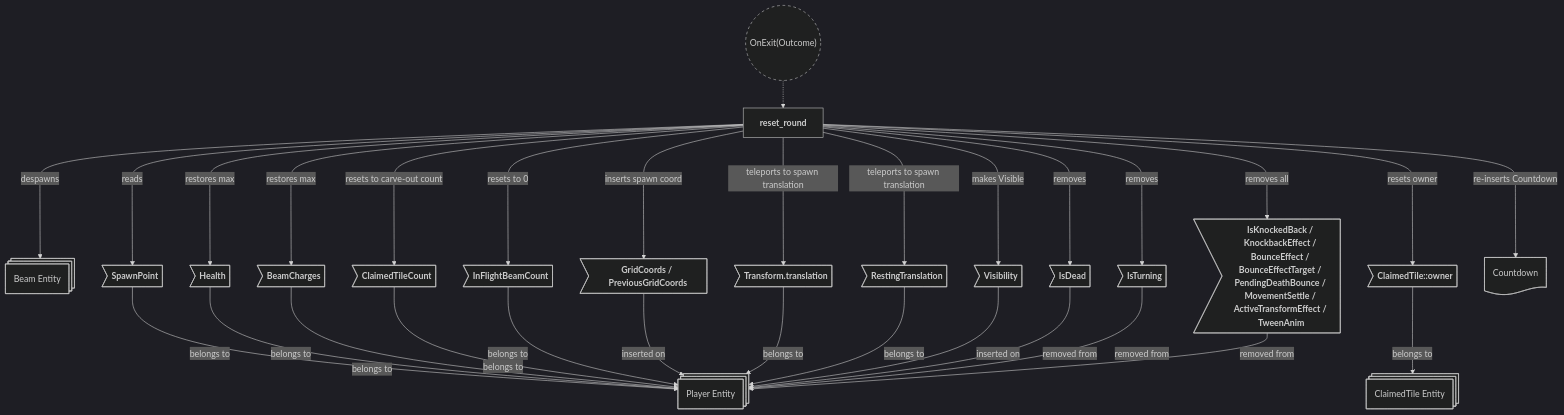
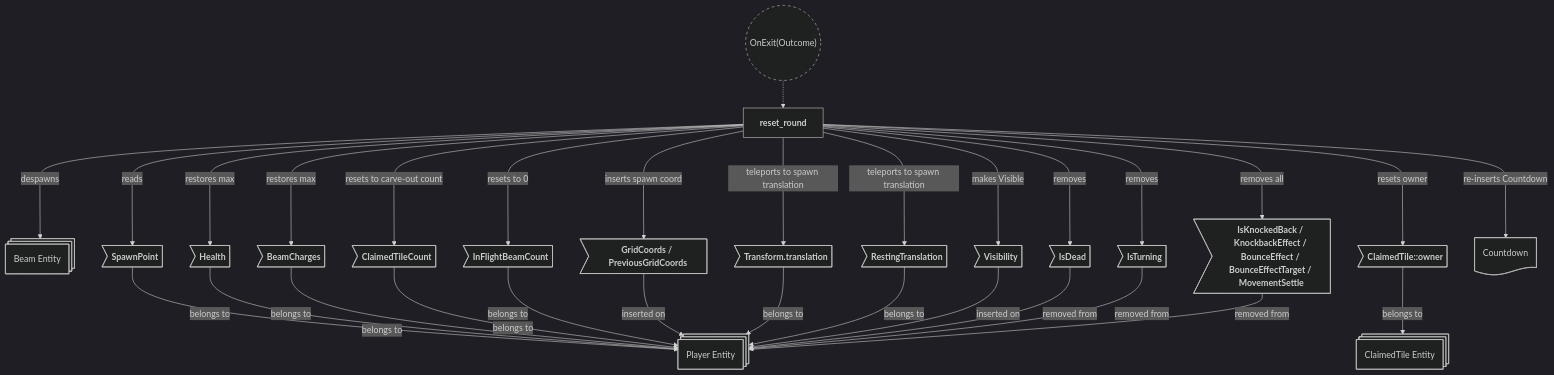
Before and after one commit to neurosoup/tyled: the ninth of 9 diagrams in backlog/docs/doc-15 - 013-Round-plugin.md, drawn with Mermaid. The commit also changed other lines of this file and 10 other files, not shown here.

First line of the commit message:
Refactor: run player position effects through the effect resolver

````diff
--- a/backlog/docs/doc-15 - 013-Round-plugin.md
+++ b/backlog/docs/doc-15 - 013-Round-plugin.md
@@ -406,50 +406,50 @@
 ```mermaid
 ---
 config:
   theme: dark
 ---
 
 flowchart TD
 classDef system-group stroke-dasharray: 5 5
 
 state_transition(("`OnExit(Outcome)`")):::system-group
 reset_round["`**reset_round**`"]
 
 state_transition -.-> reset_round
 
 player_entity@{ shape: st-rect, label: "Player Entity" }
 tile_entity@{ shape: st-rect, label: "ClaimedTile Entity" }
 beam_entity@{ shape: st-rect, label: "Beam Entity" }
 
 pe_spawn>"`**SpawnPoint**`"] --> |belongs to| player_entity
 pe_health>"`**Health**`"] --> |belongs to| player_entity
 pe_charges>"`**BeamCharges**`"] --> |belongs to| player_entity
 pe_count>"`**ClaimedTileCount**`"] --> |belongs to| player_entity
 pe_in_flight>"`**InFlightBeamCount**`"] --> |belongs to| player_entity
 pe_coords>"`**GridCoords / PreviousGridCoords**`"] --> |inserted on| player_entity
 pe_transform>"`**Transform.translation**`"] --> |belongs to| player_entity
 pe_resting>"`**RestingTranslation**`"] --> |belongs to| player_entity
 pe_vis>"`**Visibility**`"] --> |inserted on| player_entity
 pe_dead>"`**IsDead**`"] --> |removed from| player_entity
 pe_turning>"`**IsTurning**`"] --> |removed from| player_entity
-pe_effect_state>"`**IsKnockedBack / KnockbackEffect / BounceEffect / BounceEffectTarget / PendingDeathBounce / MovementSettle / ActiveTransformEffect / TweenAnim**`"] --> |removed from| player_entity
+pe_effect_state>"`**IsKnockedBack / KnockbackEffect / BounceEffect / BounceEffectTarget / MovementSettle**`"] --> |removed from| player_entity
 te_owner>"`**ClaimedTile::owner**`"] --> |belongs to| tile_entity
 
 reset_round ---> |reads| pe_spawn
 reset_round ---> |restores max| pe_health
 reset_round ---> |restores max| pe_charges
 reset_round ---> |resets to carve-out count| pe_count
 reset_round ---> |resets to 0| pe_in_flight
 reset_round ---> |inserts spawn coord| pe_coords
 reset_round ---> |"teleports to spawn translation"| pe_transform
 reset_round ---> |"teleports to spawn translation"| pe_resting
 reset_round ---> |makes Visible| pe_vis
 reset_round ---> |removes| pe_dead
 reset_round ---> |removes| pe_turning
 reset_round ---> |removes all| pe_effect_state
 reset_round ---> |resets owner| te_owner
 reset_round ---> |despawns| beam_entity
 reset_round ---> |re-inserts Countdown| world_res
 
 world_res@{ shape: doc, label: "Countdown" }
 ```
````
